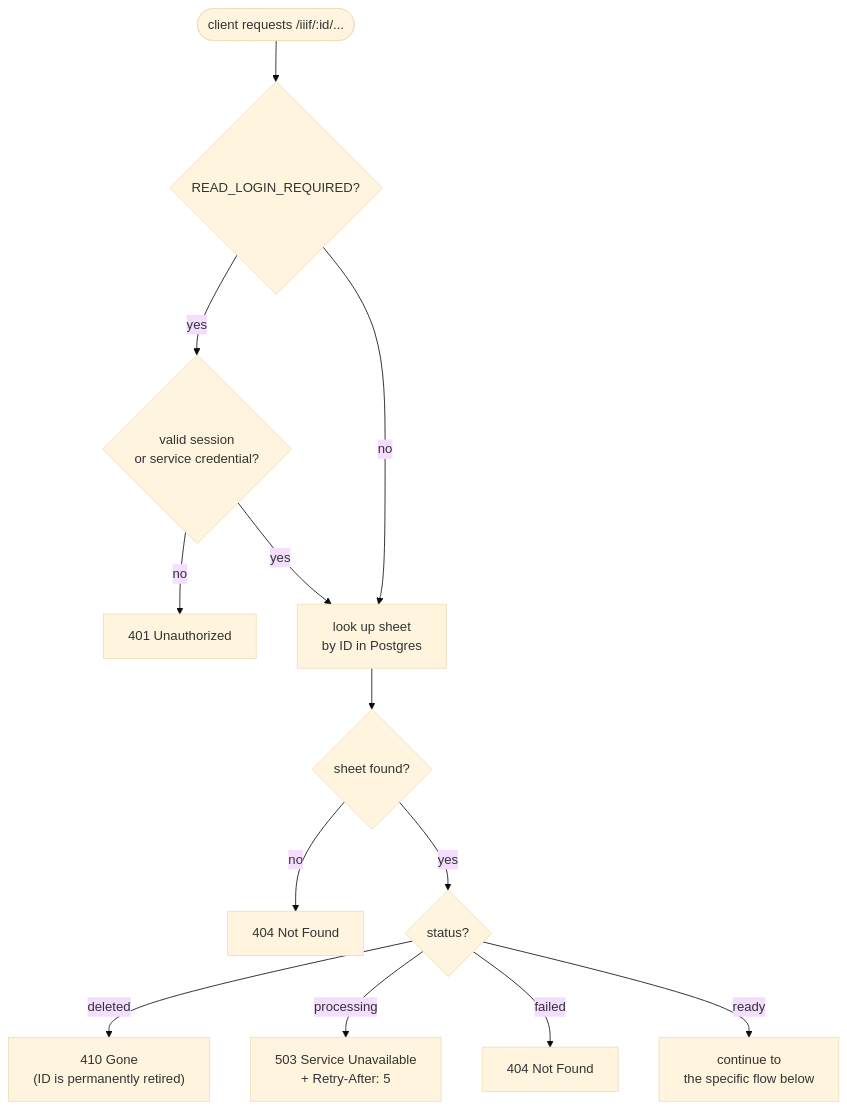
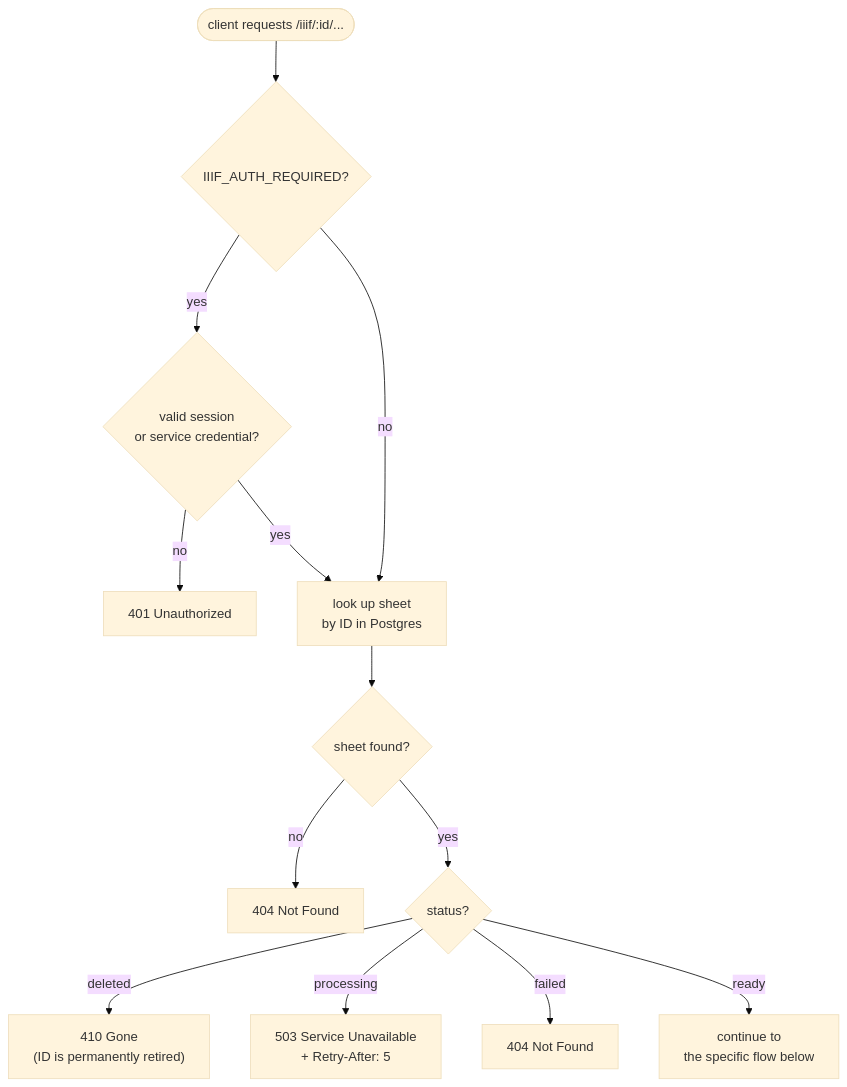
The first of 3 diagrams in docs/iiif-serving.md (line-age/georef), drawn with Mermaid (base theme) before and after one commit. The commit also changed other lines of this file and 3 other files, not shown here.

First line of the commit message:
docs: sync auth.md, flows.md, iiif-serving.md with implementation; add test plan

````diff
--- a/docs/iiif-serving.md
+++ b/docs/iiif-serving.md
@@ -41,15 +41,15 @@
 ```mermaid
 flowchart TD
-    A(["client requests /iiif/:id/..."]) --> AA{READ_LOGIN_REQUIRED?}
+    A(["client requests /iiif/:id/..."]) --> AA{IIIF_AUTH_REQUIRED?}
     AA -->|yes| AB{valid session\nor service credential?}
     AB -->|no| AC[401 Unauthorized]
     AB -->|yes| B
     AA -->|no| B["look up sheet\nby ID in Postgres"]
     B --> C{sheet found?}
     C -->|no| D[404 Not Found]
     C -->|yes| E{status?}
     E -->|deleted| F["410 Gone\n(ID is permanently retired)"]
     E -->|processing| G["503 Service Unavailable\n+ Retry-After: 5"]
     E -->|failed| H[404 Not Found]
     E -->|ready| I["continue to\nthe specific flow below"]
 ```
````
